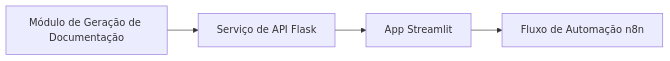
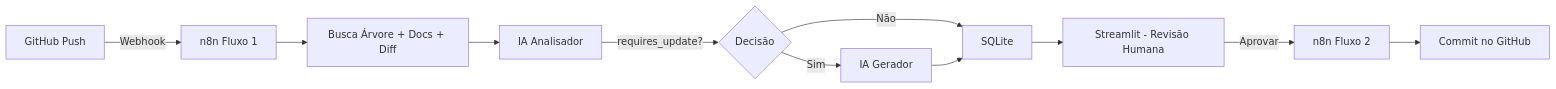
Before and after one commit to Gabriela-Amaro/Kensei-CyberAI: the diagram in README.md, drawn with Mermaid. The commit also changed other lines of this file, not shown here.

````diff
--- a/README.md
+++ b/README.md
@@ -13,6 +84,13 @@
 ```mermaid
 graph LR
-    A[Módulo de Geração de Documentação] --> B[Serviço de API Flask]
-    B --> C[App Streamlit]
-    C --> D[Fluxo de Automação n8n]
+    A[GitHub Push] -->|Webhook| B[n8n Fluxo 1]
+    B --> C[Busca Árvore + Docs + Diff]
+    C --> D[IA Analisador]
+    D -->|requires_update?| E{Decisão}
+    E -->|Sim| F[IA Gerador]
+    E -->|Não| G[SQLite]
+    F --> G
+    G --> H[Streamlit - Revisão Humana]
+    H -->|Aprovar| I[n8n Fluxo 2]
+    I --> J[Commit no GitHub]
 ```
````
